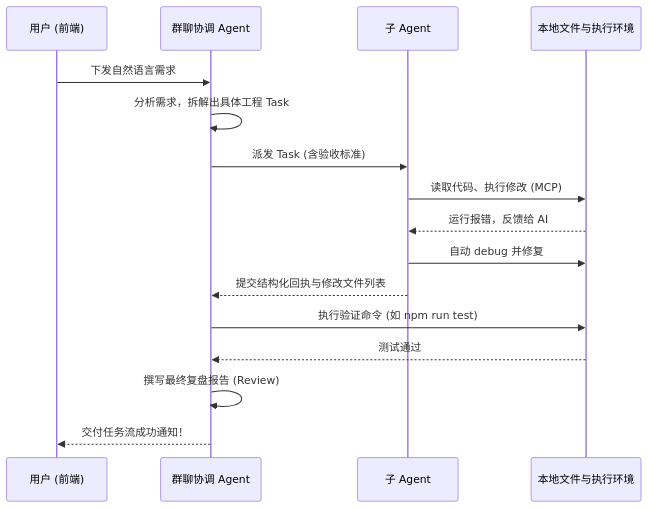
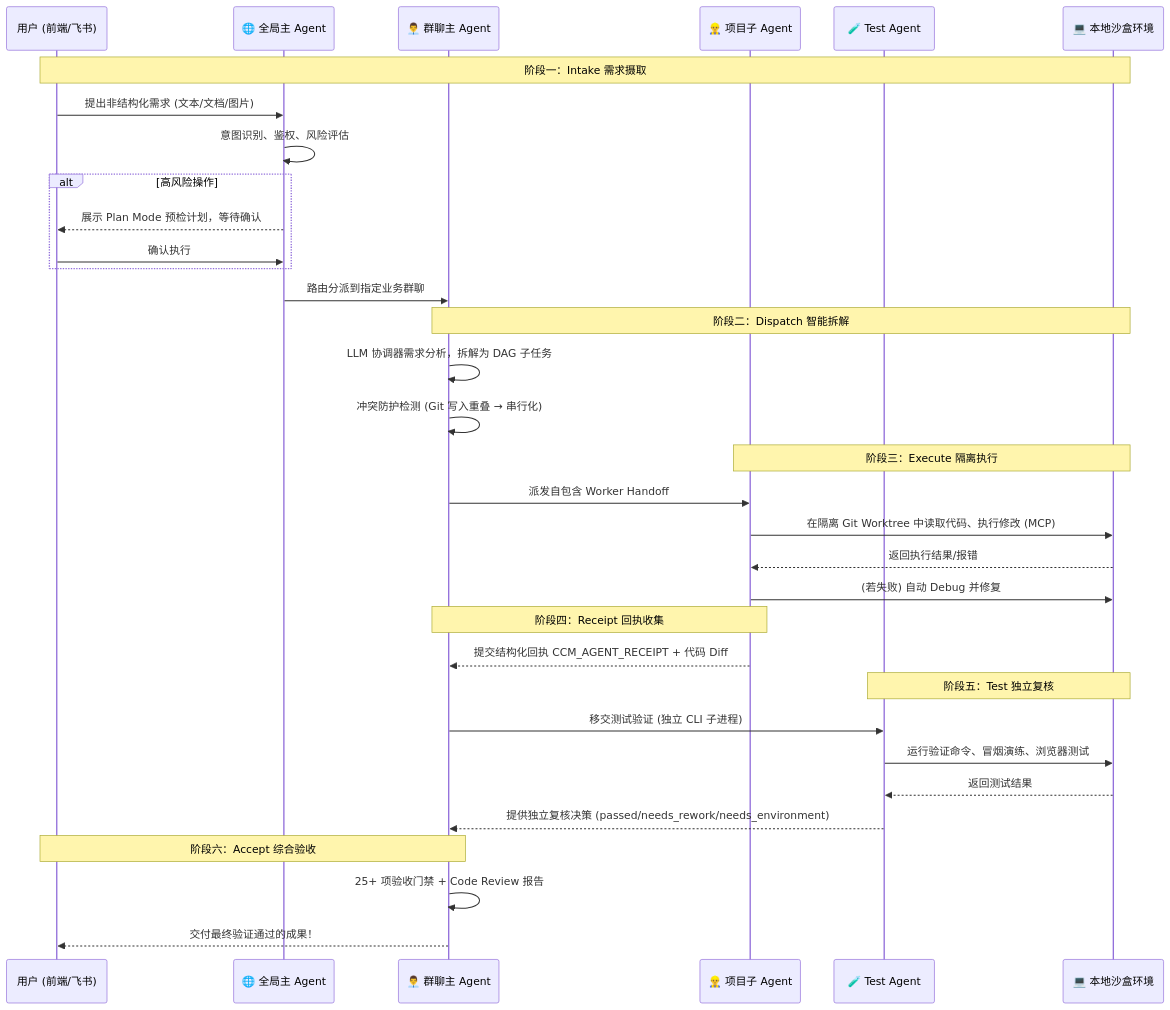
The second of 2 diagrams in README.md (mumulinya/ccm-web), drawn with Mermaid before and after one commit. The commit also changed other lines of this file and 731 other files, not shown here.

Commit message:
feat: add global agent memory management and enhance task lifecycle tracking

````diff
--- a/README.md
+++ b/README.md
@@ -113,19 +237,41 @@
 ```mermaid
 sequenceDiagram
-    participant User as 用户 (前端)
-    participant Group as 群聊协调 Agent
-    participant Worker as 子 Agent
-    participant Env as 本地文件与执行环境
+    participant User as 用户 (前端/飞书)
+    participant Global as 🌐 全局主 Agent
+    participant Group as 👨‍💼 群聊主 Agent
+    participant Worker as 👷‍♂️ 项目子 Agent
+    participant Test as 🧪 Test Agent
+    participant Env as 💻 本地沙盒环境
 
-    User->>Group: 下发自然语言需求
-    Group->>Group: 分析需求，拆解出具体工程 Task
-    Group->>Worker: 派发 Task (含验收标准)
-    Worker->>Env: 读取代码、执行修改 (MCP)
-    Env-->>Worker: 运行报错，反馈给 AI
-    Worker->>Env: 自动 debug 并修复
-    Worker-->>Group: 提交结构化回执与修改文件列表
-    Group->>Env: 执行验证命令 (如 npm run test)
-    Env-->>Group: 测试通过
-    Group->>Group: 撰写最终复盘报告 (Review)
-    Group-->>User: 交付任务流成功通知！
+    Note over User,Env: 阶段一：Intake 需求摄取
+    User->>Global: 提出非结构化需求 (文本/文档/图片)
+    Global->>Global: 意图识别、鉴权、风险评估
+    alt 高风险操作
+        Global-->>User: 展示 Plan Mode 预检计划，等待确认
+        User->>Global: 确认执行
+    end
+    Global->>Group: 路由分派到指定业务群聊
+
+    Note over Group,Env: 阶段二：Dispatch 智能拆解
+    Group->>Group: LLM 协调器需求分析，拆解为 DAG 子任务
+    Group->>Group: 冲突防护检测 (Git 写入重叠 → 串行化)
+
+    Note over Worker,Env: 阶段三：Execute 隔离执行
+    Group->>Worker: 派发自包含 Worker Handoff
+    Worker->>Env: 在隔离 Git Worktree 中读取代码、执行修改 (MCP)
+    Env-->>Worker: 返回执行结果/报错
+    Worker->>Env: (若失败) 自动 Debug 并修复
+    
+    Note over Group,Worker: 阶段四：Receipt 回执收集
+    Worker-->>Group: 提交结构化回执 CCM_AGENT_RECEIPT + 代码 Diff
+
+    Note over Test,Env: 阶段五：Test 独立复核
+    Group->>Test: 移交测试验证 (独立 CLI 子进程)
+    Test->>Env: 运行验证命令、冒烟演练、浏览器测试
+    Env-->>Test: 返回测试结果
+    Test-->>Group: 提供独立复核决策 (passed/needs_rework/needs_environment)
+
+    Note over Group,User: 阶段六：Accept 综合验收
+    Group->>Group: 25+ 项验收门禁 + Code Review 报告
+    Group-->>User: 交付最终验证通过的成果！
 ```
````
